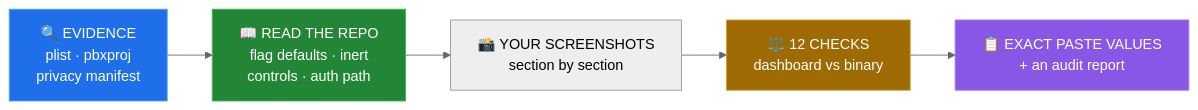
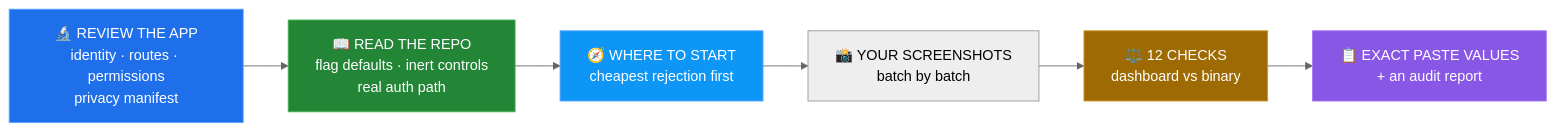
One commit to parthil-savaliya-devx/rn-dev-workflow changed the second of 2 diagrams in README.md. Above: the diagram before and after it, drawn with Mermaid (neutral theme). The commit also changed other lines of this file, not shown here.

First line of the commit message:
docs: README matches the generic skill — review-first flow, live-infra checks

````diff
--- a/README.md
+++ b/README.md
@@ -262,12 +266,14 @@
 ```mermaid
 flowchart LR
-    E["🔍 EVIDENCE<br/>plist · pbxproj<br/>privacy manifest"] --> R["📖 READ THE REPO<br/>flag defaults · inert<br/>controls · auth path"]
-    R --> S["📸 YOUR SCREENSHOTS<br/>section by section"]
-    S --> V["⚖️ 12 CHECKS<br/>dashboard vs binary"]
-    V --> O["📋 EXACT PASTE VALUES<br/>+ an audit report"]
+    A["🔬 REVIEW THE APP<br/>identity · routes · permissions<br/>privacy manifest"] --> B["📖 READ THE REPO<br/>flag defaults · inert controls<br/>real auth path"]
+    B --> C["🧭 WHERE TO START<br/>cheapest rejection first"]
+    C --> D["📸 YOUR SCREENSHOTS<br/>batch by batch"]
+    D --> E["⚖️ 12 CHECKS<br/>dashboard vs binary"]
+    E --> F["📋 EXACT PASTE VALUES<br/>+ an audit report"]
 
-    style E fill:#1f6feb,stroke:#58a6ff,color:#fff
-    style R fill:#238636,stroke:#3fb950,color:#fff
-    style V fill:#9e6a03,stroke:#d29922,color:#fff
-    style O fill:#8957e5,stroke:#a371f7,color:#fff
+    style A fill:#1f6feb,stroke:#58a6ff,color:#fff
+    style B fill:#238636,stroke:#3fb950,color:#fff
+    style C fill:#0d96f6,stroke:#58a6ff,color:#fff
+    style E fill:#9e6a03,stroke:#d29922,color:#fff
+    style F fill:#8957e5,stroke:#a371f7,color:#fff
 ```
````
